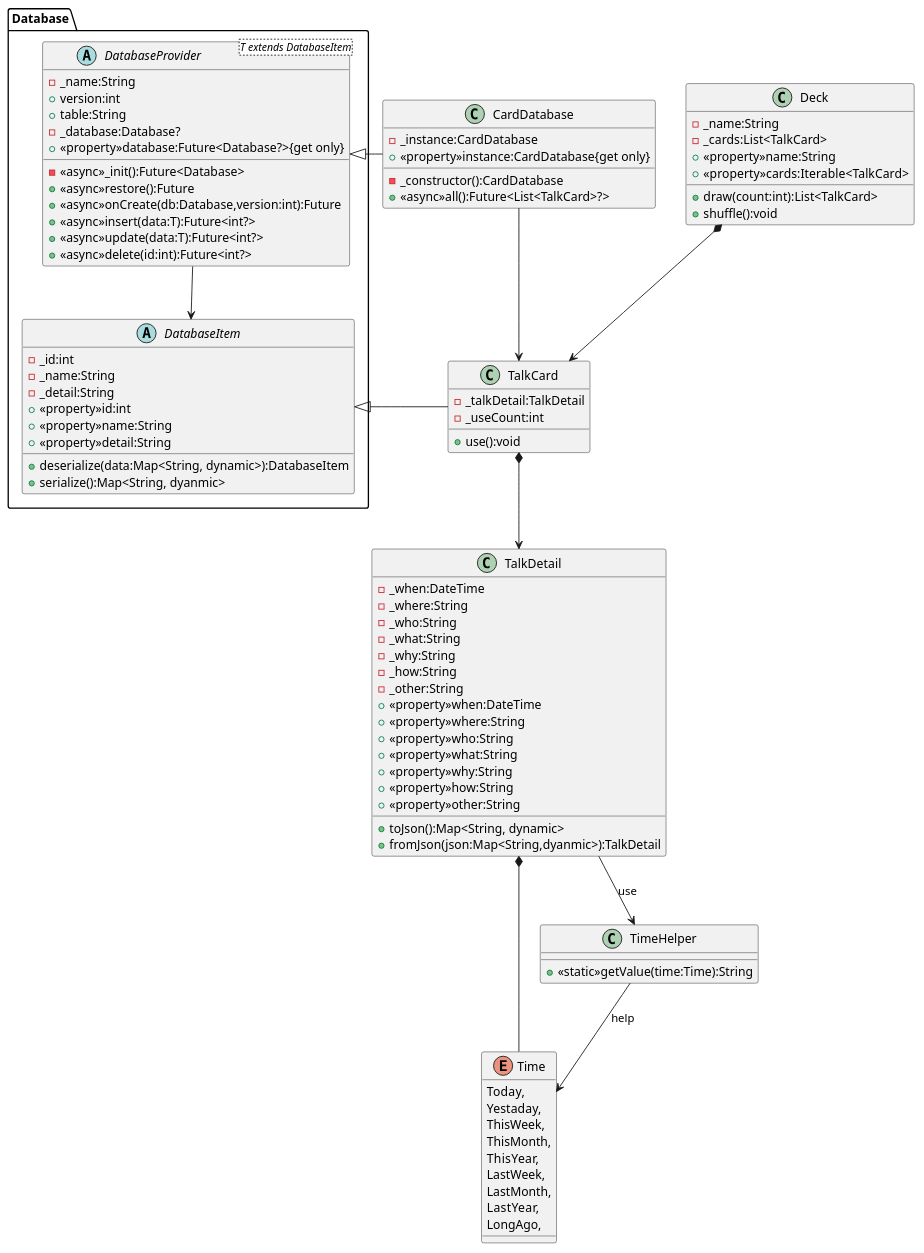
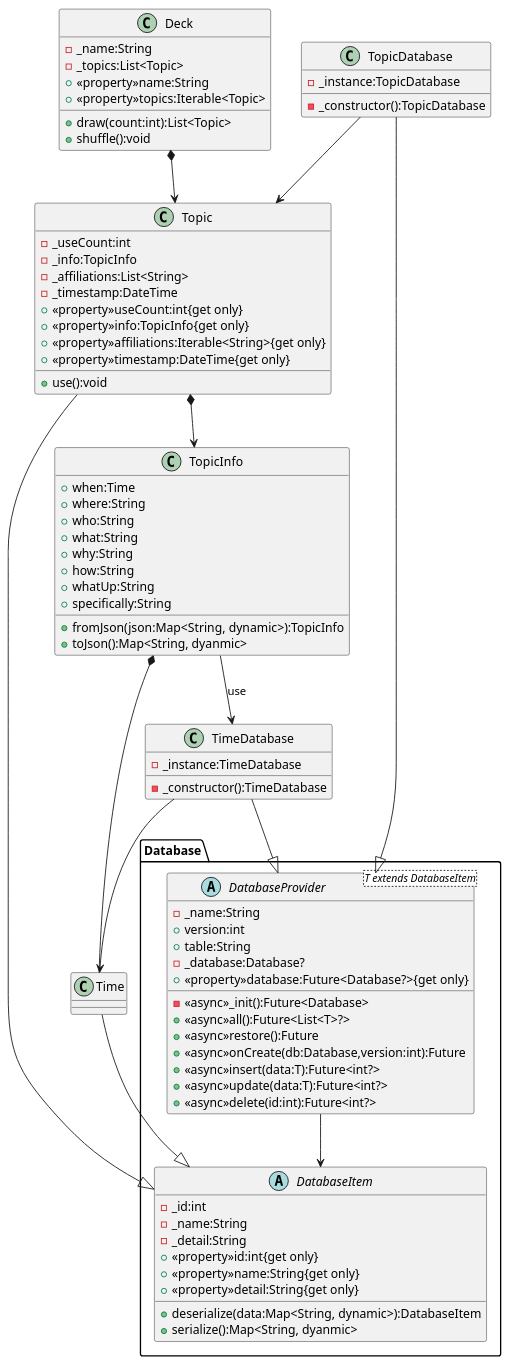
One commit to nmskm240/conversation_deck changed the diagram in classDiagram.pu. Above: the diagram before and after it, drawn with PlantUML. The commit also changed 2 other files, not shown here.

```diff
--- a/classDiagram.pu
+++ b/classDiagram.pu
@@ -1,101 +1,92 @@
 @startuml Conversation deck cards
 package Database
 {
     abstract DatabaseItem
     {
         -_id:int
         -_name:String
         -_detail:String
-        +<<property>>id:int
-        +<<property>>name:String
-        +<<property>>detail:String
+        +<<property>>id:int{get only}
+        +<<property>>name:String{get only}
+        +<<property>>detail:String{get only}
         +deserialize(data:Map<String, dynamic>):DatabaseItem
         +serialize():Map<String, dyanmic>
     }
     abstract DatabaseProvider<T extends DatabaseItem>
     {
         -_name:String
         +version:int
         +table:String
         -_database:Database?
         +<<property>>database:Future<Database?>{get only}
         -<<async>>_init():Future<Database>
+        +<<async>>all():Future<List<T>?>
         +<<async>>restore():Future
         +<<async>>onCreate(db:Database,version:int):Future
         +<<async>>insert(data:T):Future<int?>
         +<<async>>update(data:T):Future<int?>
         +<<async>>delete(id:int):Future<int?>
     }
 }
-class CardDatabase
-{
-    -_instance:CardDatabase
-    +<<property>>instance:CardDatabase{get only}
-    -_constructor():CardDatabase
-    +<<async>>all():Future<List<TalkCard>?>
-}
 class Deck
 {
     -_name:String
-    -_cards:List<TalkCard>
+    -_topics:List<Topic>
     +<<property>>name:String
-    +<<property>>cards:Iterable<TalkCard>
-    +draw(count:int):List<TalkCard>
+    +<<property>>topics:Iterable<Topic>
+    +draw(count:int):List<Topic>
     +shuffle():void
 }
-class TalkCard
+class Topic
 {
-    -_talkDetail:TalkDetail
     -_useCount:int
+    -_info:TopicInfo
+    -_affiliations:List<String>
+    -_timestamp:DateTime
+    +<<property>>useCount:int{get only}
+    +<<property>>info:TopicInfo{get only}
+    +<<property>>affiliations:Iterable<String>{get only}
+    +<<property>>timestamp:DateTime{get only}
     +use():void
 }
-class TalkDetail
+class TopicInfo
 {
-    -_when:DateTime
-    -_where:String
-    -_who:String
-    -_what:String
-    -_why:String
-    -_how:String
-    -_other:String
-    +<<property>>when:DateTime
-    +<<property>>where:String
-    +<<property>>who:String
-    +<<property>>what:String
-    +<<property>>why:String
-    +<<property>>how:String
-    +<<property>>other:String
-    +toJson():Map<String, dynamic>
-    +fromJson(json:Map<String,dyanmic>):TalkDetail
+    +when:Time
+    +where:String
+    +who:String
+    +what:String
+    +why:String
+    +how:String
+    +whatUp:String
+    +specifically:String
+    +fromJson(json:Map<String, dynamic>):TopicInfo
+    +toJson():Map<String, dyanmic>
 }
-enum Time
+class TopicDatabase
 {
-    Today,
-    Yestaday,
-    ThisWeek,
-    ThisMonth,
-    ThisYear,
-    LastWeek,
-    LastMonth,
-    LastYear,
-    LongAgo,
+    -_instance:TopicDatabase
+    -_constructor():TopicDatabase
 }
-class TimeHelper
+class Time
+class TimeDatabase
 {
-    +<<static>>getValue(time:Time):String
+    -_instance:TimeDatabase
+    -_constructor():TimeDatabase
 }
 
 DatabaseProvider --> DatabaseItem
-CardDatabase --> TalkCard
+TopicDatabase --> Topic
+TimeDatabase --> Time
+TopicInfo --> TimeDatabase : use
 
-CardDatabase -left-|> DatabaseProvider
-TalkCard -left-|> DatabaseItem
-TimeHelper --> Time :help
-TalkDetail --> TimeHelper : use
+TopicDatabase --|> DatabaseProvider
+TimeDatabase --|> DatabaseProvider
+Topic --|> DatabaseItem
+Time --|> DatabaseItem
 
-TalkDetail *-- Time
+Topic *--> TopicInfo
+Deck *--> Topic
 
-TalkCard *--> TalkDetail
-Deck *--> TalkCard
+TopicInfo *-- Time
 
 @enduml
```
